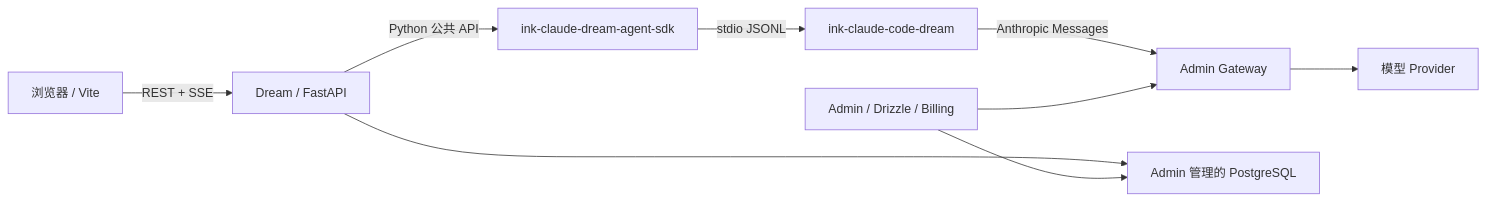
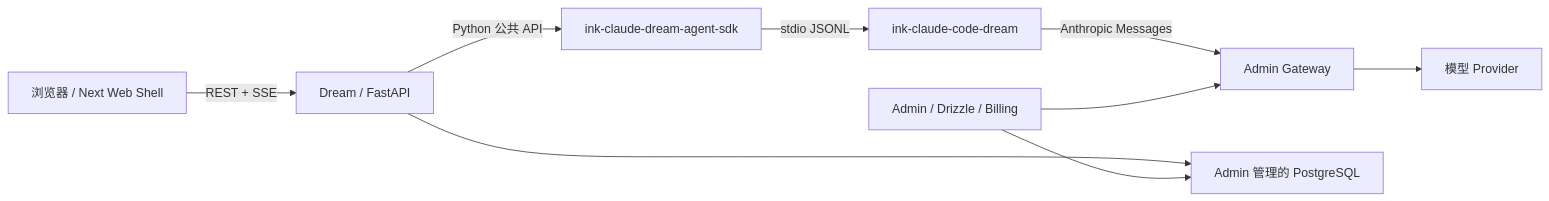
The diagram in README.zh.md (glide-the/im-dream), drawn with Mermaid before and after one commit. The commit also changed other lines of this file and 813 other files, not shown here.

````diff
--- a/README.zh.md
+++ b/README.zh.md
@@ -55,11 +57,11 @@
 ```mermaid
 flowchart LR
-    Browser["浏览器 / Vite"] -->|"REST + SSE"| Dream["Dream / FastAPI"]
+    Browser["浏览器 / Next Web Shell"] -->|"REST + SSE"| Dream["Dream / FastAPI"]
     Dream -->|"Python 公共 API"| SDK["ink-claude-dream-agent-sdk"]
     SDK -->|"stdio JSONL"| Runtime["ink-claude-code-dream"]
     Runtime -->|"Anthropic Messages"| Gateway["Admin Gateway"]
     Gateway --> Provider["模型 Provider"]
     Dream --> PostgreSQL["Admin 管理的 PostgreSQL"]
     Admin["Admin / Drizzle / Billing"] --> PostgreSQL
     Admin --> Gateway
 ```
````
